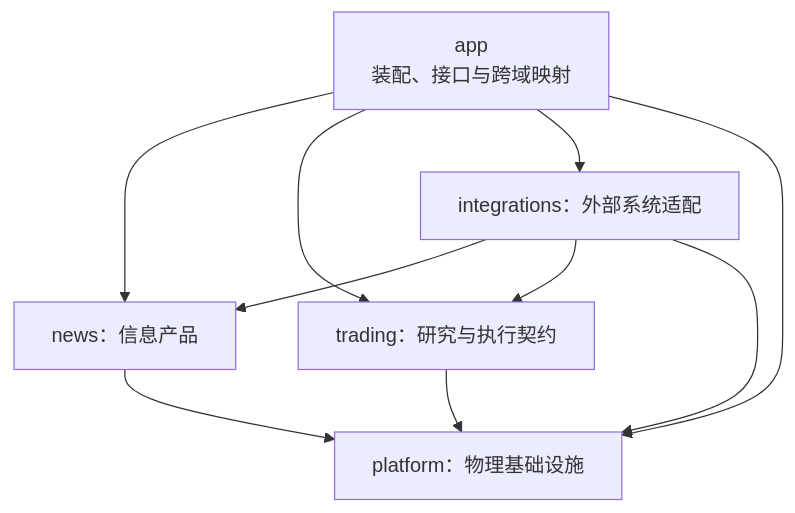
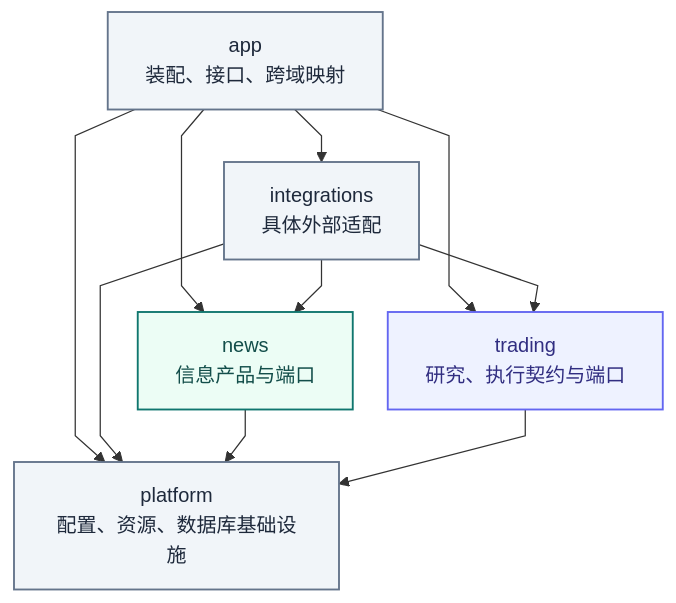
The second of 4 diagrams in docs/ARCHITECTURE.md (AnalyThothAI/tracefold), drawn with Mermaid before and after one commit. The commit also changed other lines of this file and 19 other files, not shown here.

Commit message:
docs: unify Chinese handbook design and architecture diagrams

````diff
--- a/docs/ARCHITECTURE.md
+++ b/docs/ARCHITECTURE.md
@@ -43,12 +114,31 @@
 ```mermaid
-flowchart TD
-    App["app<br/>装配、接口与跨域映射"] --> News["news：信息产品"]
-    App --> Trading["trading：研究与执行契约"]
-    App --> Integrations["integrations：外部系统适配"]
-    App --> Platform["platform：物理基础设施"]
+---
+config:
+  fontFamily: "system-ui, Noto Sans CJK SC, Microsoft YaHei, WenQuanYi Zen Hei, sans-serif"
+  flowchart:
+    curve: linear
+    nodeSpacing: 28
+    rankSpacing: 42
+---
+flowchart TB
+    accTitle: 包依赖方向
+    accDescr: App 装配业务域与外部适配，Integrations 依赖业务端口，News 与 Trading 分别依赖 Platform，兄弟域不相互导入。
+    App["app<br/>装配、接口、跨域映射"] --> Integrations["integrations<br/>具体外部适配"]
+    App --> News["news<br/>信息产品与端口"]
+    App --> Trading["trading<br/>研究、执行契约与端口"]
+    App --> Platform["platform<br/>配置、资源、数据库基础设施"]
     Integrations --> News
     Integrations --> Trading
     Integrations --> Platform
     News --> Platform
     Trading --> Platform
+
+    classDef news fill:#ecfdf5,stroke:#0f766e,color:#134e4a,stroke-width:1.5px
+    classDef research fill:#eef2ff,stroke:#6366f1,color:#312e81,stroke-width:1.5px
+    classDef execution fill:#fff7ed,stroke:#c2410c,color:#7c2d12,stroke-width:1.5px
+    classDef store fill:#f1f5f9,stroke:#64748b,color:#1e293b,stroke-width:1.5px
+    classDef external fill:#f8fafc,stroke:#94a3b8,color:#334155,stroke-dasharray:4 3
+class App,Integrations,Platform store;
+class News news;
+class Trading research;
 ```
````
